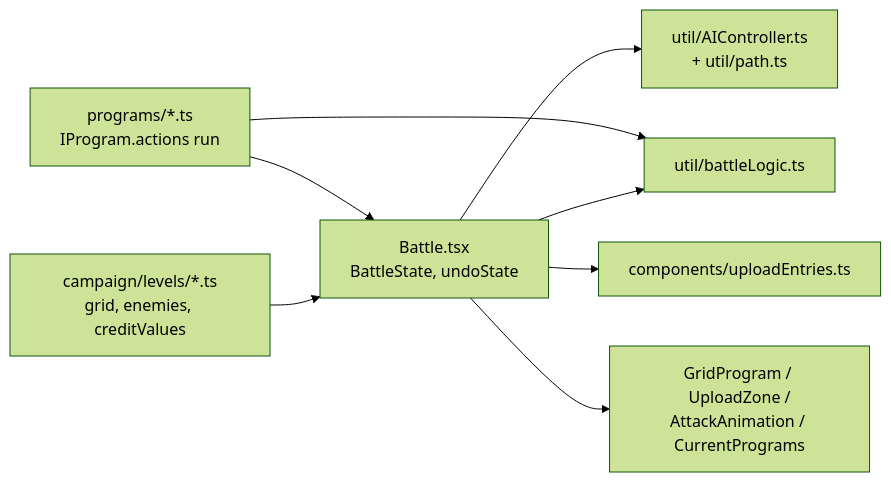
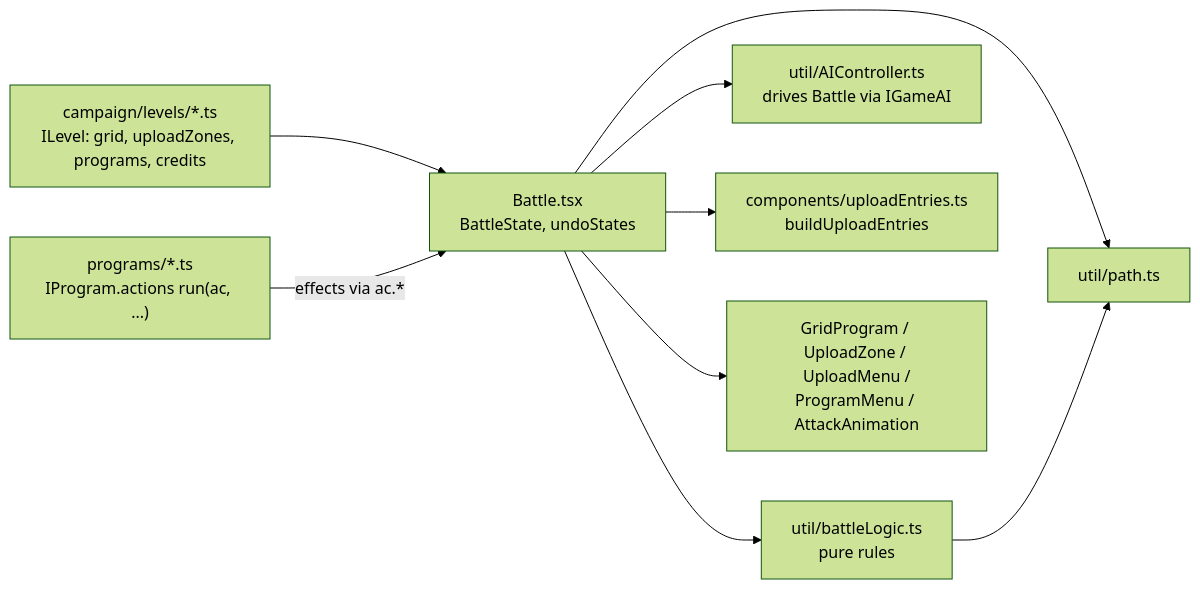
Before and after one commit to wai-lau/nightfall: the diagram in docs/arch/battle.mmd, drawn with Mermaid (forest theme). The commit also changed 11 other files, not shown here.

```diff
--- a/docs/arch/battle.mmd
+++ b/docs/arch/battle.mmd
@@ -1,8 +1,9 @@
 flowchart LR
-    leveldef["campaign/levels/*.ts<br/>grid, enemies, creditValues"] --> battle["Battle.tsx<br/>BattleState, undoState"]
-    battle --> logic["util/battleLogic.ts"]
-    battle --> ai["util/AIController.ts<br/>+ util/path.ts"]
-    battle --> entries["components/uploadEntries.ts"]
-    programs["programs/*.ts<br/>IProgram.actions run"] --> battle
-    programs --> logic
-    battle --> gridui["GridProgram / UploadZone /<br/>AttackAnimation / CurrentPrograms"]
+    leveldef["campaign/levels/*.ts<br/>ILevel: grid, uploadZones, programs, credits"] --> battle["Battle.tsx<br/>BattleState, undoStates"]
+    battle --> logic["util/battleLogic.ts<br/>pure rules"]
+    battle --> ai["util/AIController.ts<br/>drives Battle via IGameAI"]
+    battle --> path["util/path.ts"]
+    logic --> path
+    battle --> entries["components/uploadEntries.ts<br/>buildUploadEntries"]
+    programs["programs/*.ts<br/>IProgram.actions run(ac, ...)"] -->|"effects via ac.*"| battle
+    battle --> gridui["GridProgram / UploadZone / UploadMenu /<br/>ProgramMenu / AttackAnimation"]
```
